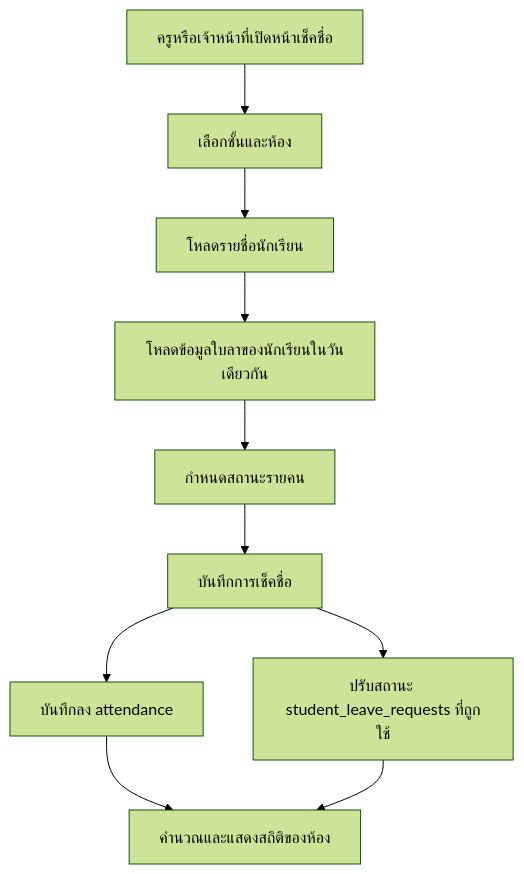
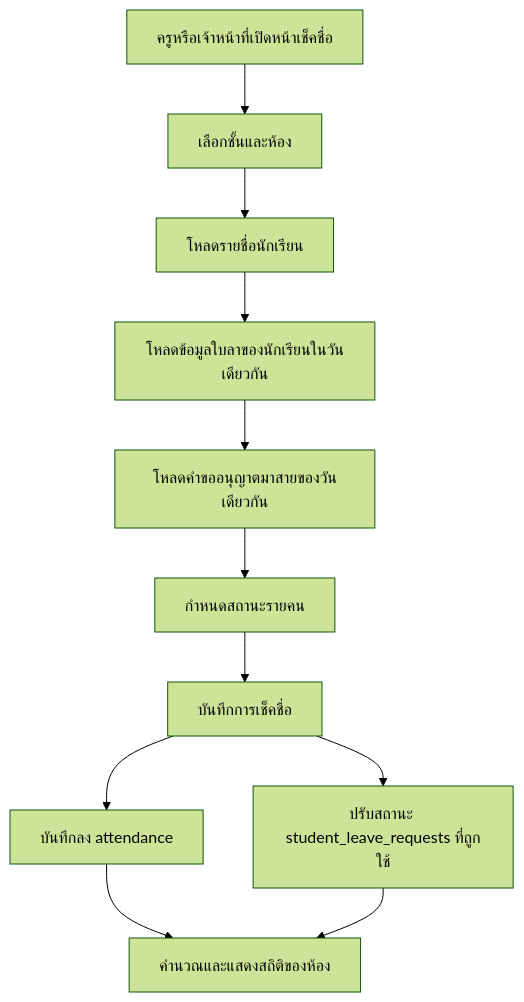
One commit to cboontact/doitg2026 changed the sixth of 23 diagrams in README.md. Above: the diagram before and after it, drawn with Mermaid (forest theme). The commit also changed other lines of this file, not shown here.

````diff
--- a/README.md
+++ b/README.md
@@ -835,12 +893,13 @@
 ```mermaid
 flowchart TD
     A["ครูหรือเจ้าหน้าที่เปิดหน้าเช็คชื่อ"] --> B["เลือกชั้นและห้อง"]
     B --> C["โหลดรายชื่อนักเรียน"]
     C --> D["โหลดข้อมูลใบลาของนักเรียนในวันเดียวกัน"]
-    D --> E["กำหนดสถานะรายคน"]
-    E --> F["บันทึกการเช็คชื่อ"]
-    F --> G["บันทึกลง attendance"]
-    F --> H["ปรับสถานะ student_leave_requests ที่ถูกใช้"]
-    G --> I["คำนวณและแสดงสถิติของห้อง"]
-    H --> I
+    D --> E["โหลดคำขออนุญาตมาสายของวันเดียวกัน"]
+    E --> F["กำหนดสถานะรายคน"]
+    F --> G["บันทึกการเช็คชื่อ"]
+    G --> H["บันทึกลง attendance"]
+    G --> I["ปรับสถานะ student_leave_requests ที่ถูกใช้"]
+    H --> J["คำนวณและแสดงสถิติของห้อง"]
+    I --> J
 ```
````
